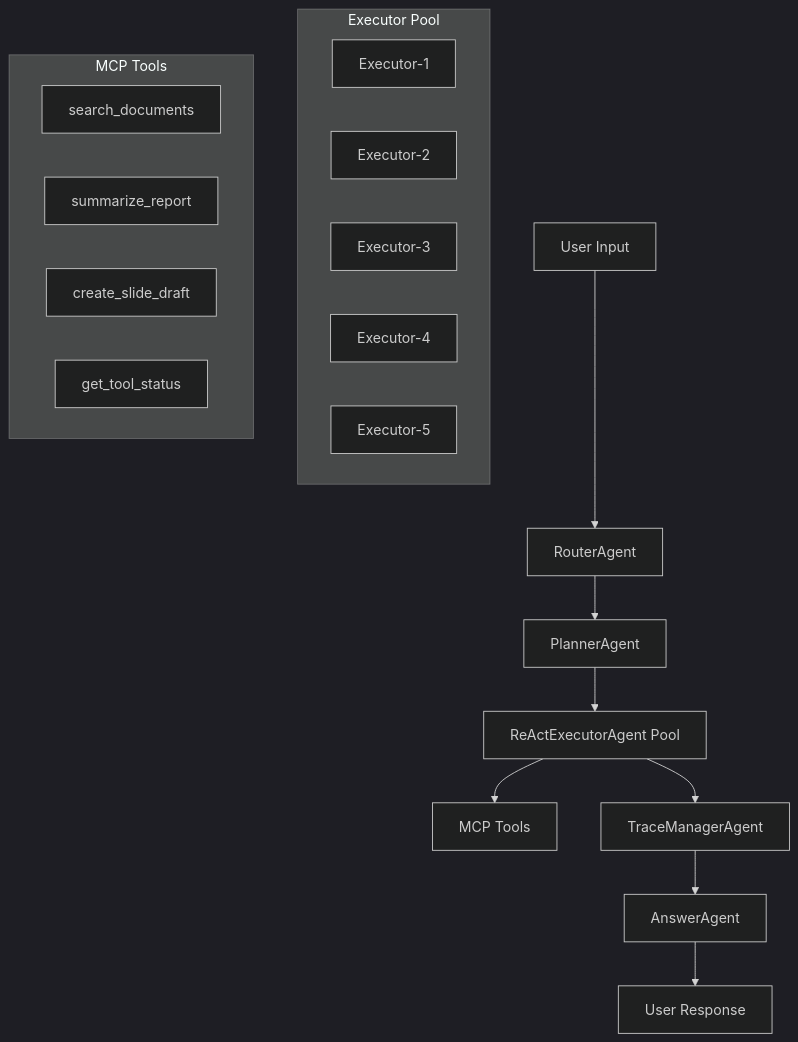
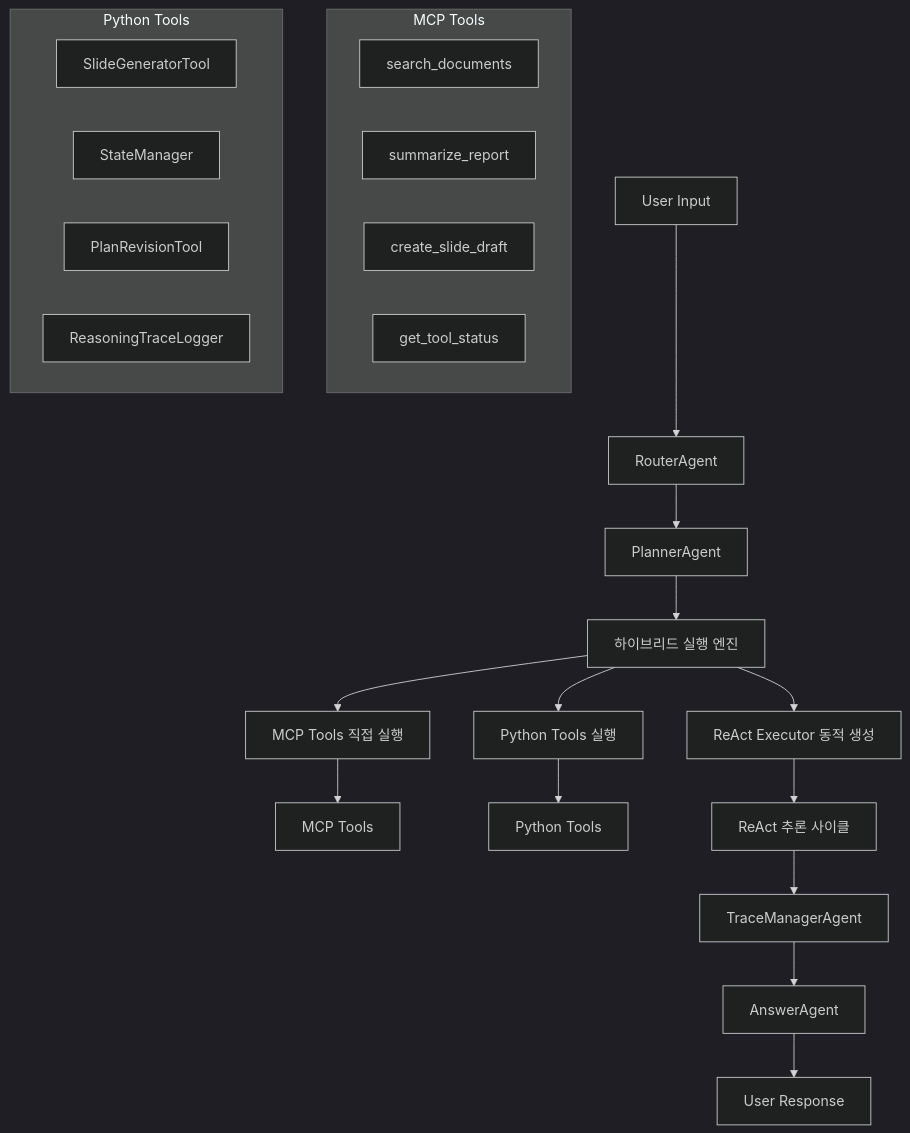
The second of 3 diagrams in docs/api_server_analysis.md (Qulip/CloudRegiX), drawn with Mermaid (dark theme) before and after one commit. The commit also changed other lines of this file and 2 other files, not shown here.

Commit message:
docs: 문서 수정

````diff
--- a/docs/api_server_analysis.md
+++ b/docs/api_server_analysis.md
@@ -108,25 +108,29 @@
 ```mermaid
 graph TD
     A[User Input] --> B[RouterAgent]
     B --> C[PlannerAgent]
-    C --> D[ReActExecutorAgent Pool]
-    D --> E[MCP Tools]
-    D --> F[TraceManagerAgent]
-    F --> G[AnswerAgent]
-    G --> H[User Response]
+    C --> D[하이브리드 실행 엔진]
+    D --> E1[MCP Tools 직접 실행]
+    D --> E2[Python Tools 실행]
+    D --> E3[ReAct Executor 동적 생성]
+    E1 --> F[MCP Tools]
+    E2 --> G[Python Tools]
+    E3 --> H[ReAct 추론 사이클]
+    H --> I[TraceManagerAgent]
+    I --> J[AnswerAgent]
+    J --> K[User Response]
 
-    subgraph "Executor Pool"
-        D1[Executor-1]
-        D2[Executor-2]
-        D3[Executor-3]
-        D4[Executor-4]
-        D5[Executor-5]
+    subgraph "MCP Tools"
+        F1[search_documents]
+        F2[summarize_report]
+        F3[create_slide_draft]
+        F4[get_tool_status]
     end
 
-    subgraph "MCP Tools"
-        E1[search_documents]
-        E2[summarize_report]
-        E3[create_slide_draft]
-        E4[get_tool_status]
+    subgraph "Python Tools"
+        G1[SlideGeneratorTool]
+        G2[StateManager]
+        G3[PlanRevisionTool]
+        G4[ReasoningTraceLogger]
     end
 ```
````
